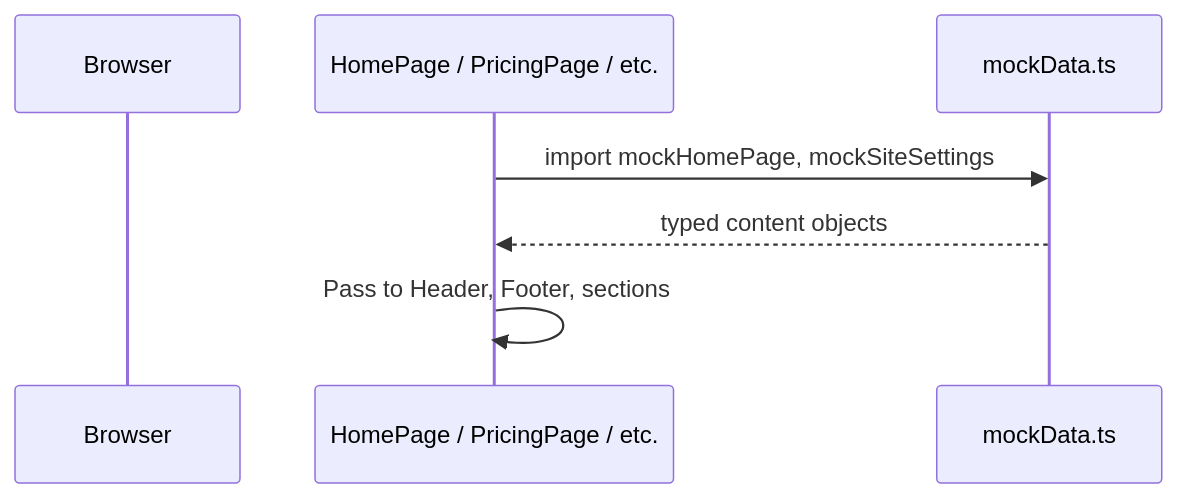
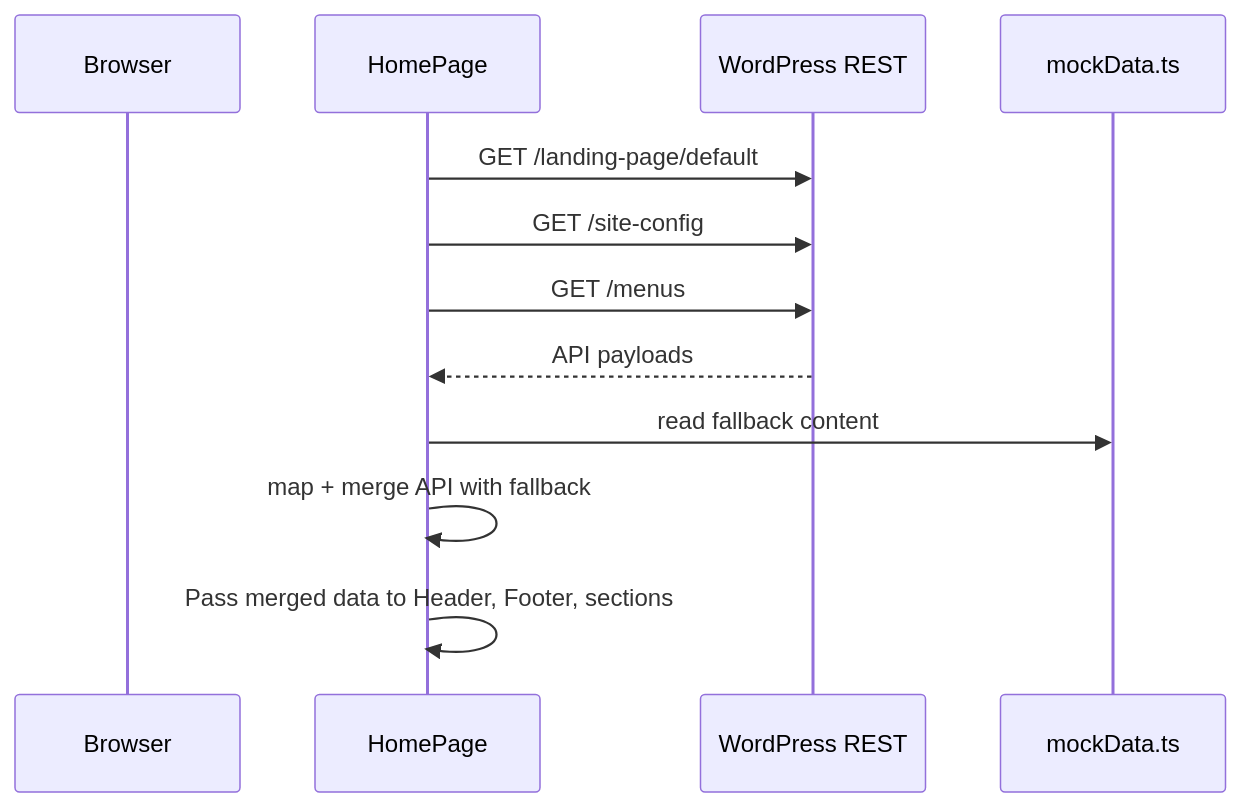
Before and after one commit to harsh20/ccsprowebsite: the third of 5 diagrams in architecture.md, drawn with Mermaid. The commit also changed other lines of this file and 15 other files, not shown here.

````diff
--- a/architecture.md
+++ b/architecture.md
@@ -90,9 +93,14 @@
 ```mermaid
 sequenceDiagram
     participant Browser
-    participant Page as HomePage / PricingPage / etc.
+    participant HomePage
+    participant WP as WordPress REST
     participant MockData as mockData.ts
-    Page->>MockData: import mockHomePage, mockSiteSettings
-    MockData-->>Page: typed content objects
-    Page->>Page: Pass to Header, Footer, sections
+    HomePage->>WP: GET /landing-page/default
+    HomePage->>WP: GET /site-config
+    HomePage->>WP: GET /menus
+    WP-->>HomePage: API payloads
+    HomePage->>MockData: read fallback content
+    HomePage->>HomePage: map + merge API with fallback
+    HomePage->>HomePage: Pass merged data to Header, Footer, sections
 ```
````
